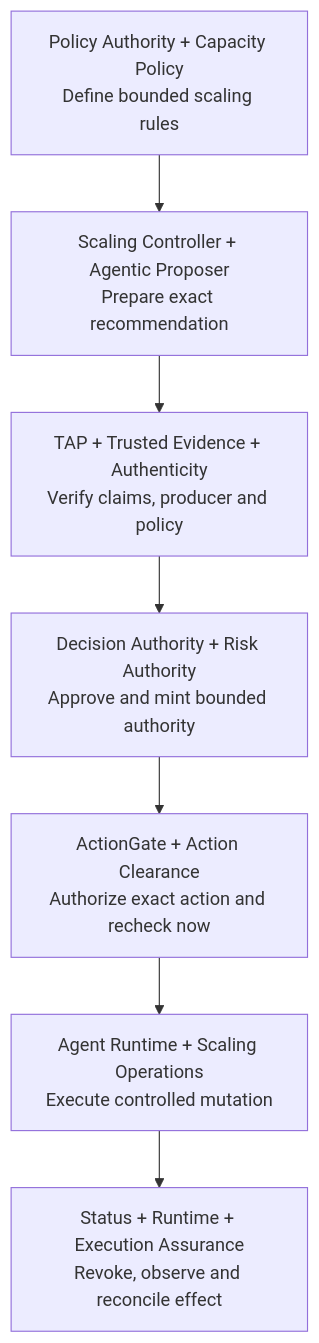
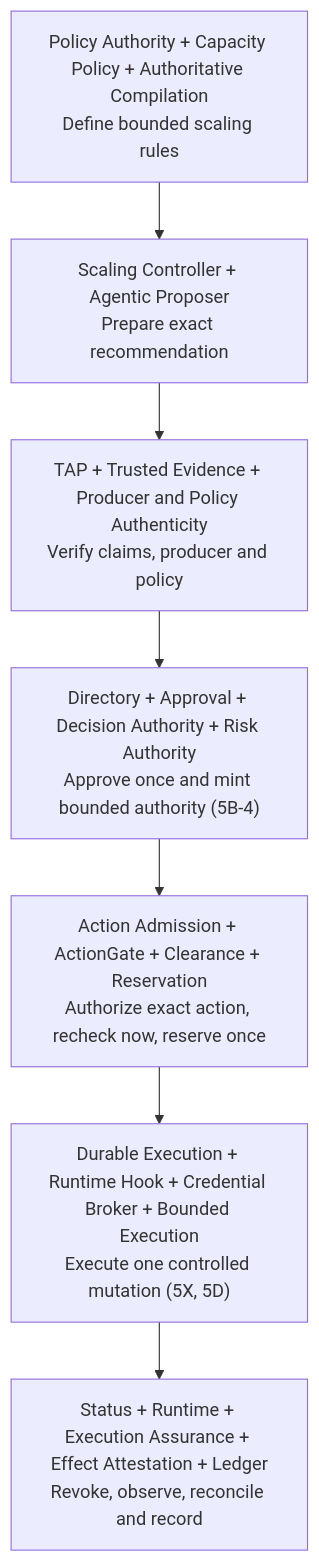
The third of 4 diagrams in docs/UGENCE_ENTERPRISE_AI_GOVERNANCE_CAPABILITY_PIPELINE.md (rasaha/symbolu), drawn with Mermaid before and after one commit. The commit also changed other lines of this file and 7 other files, not shown here.

````diff
--- a/docs/UGENCE_ENTERPRISE_AI_GOVERNANCE_CAPABILITY_PIPELINE.md
+++ b/docs/UGENCE_ENTERPRISE_AI_GOVERNANCE_CAPABILITY_PIPELINE.md
@@ -859,11 +1179,11 @@
 ```mermaid
 flowchart TD
-    P["Policy Authority + Capacity Policy\nDefine bounded scaling rules"]
+    P["Policy Authority + Capacity Policy + Authoritative Compilation\nDefine bounded scaling rules"]
     R["Scaling Controller + Agentic Proposer\nPrepare exact recommendation"]
-    V["TAP + Trusted Evidence + Authenticity\nVerify claims, producer and policy"]
-    D["Decision Authority + Risk Authority\nApprove and mint bounded authority"]
-    G["ActionGate + Action Clearance\nAuthorize exact action and recheck now"]
-    E["Agent Runtime + Scaling Operations\nExecute controlled mutation"]
-    A["Status + Runtime + Execution Assurance\nRevoke, observe and reconcile effect"]
+    V["TAP + Trusted Evidence + Producer and Policy Authenticity\nVerify claims, producer and policy"]
+    D["Directory + Approval + Decision Authority + Risk Authority\nApprove once and mint bounded authority (5B-4)"]
+    G["Action Admission + ActionGate + Clearance + Reservation\nAuthorize exact action, recheck now, reserve once"]
+    E["Durable Execution + Runtime Hook + Credential Broker + Bounded Execution\nExecute one controlled mutation (5X, 5D)"]
+    A["Status + Runtime + Execution Assurance + Effect Attestation + Ledger\nRevoke, observe, reconcile and record"]
     P --> R --> V --> D --> G --> E --> A
 ```
````
